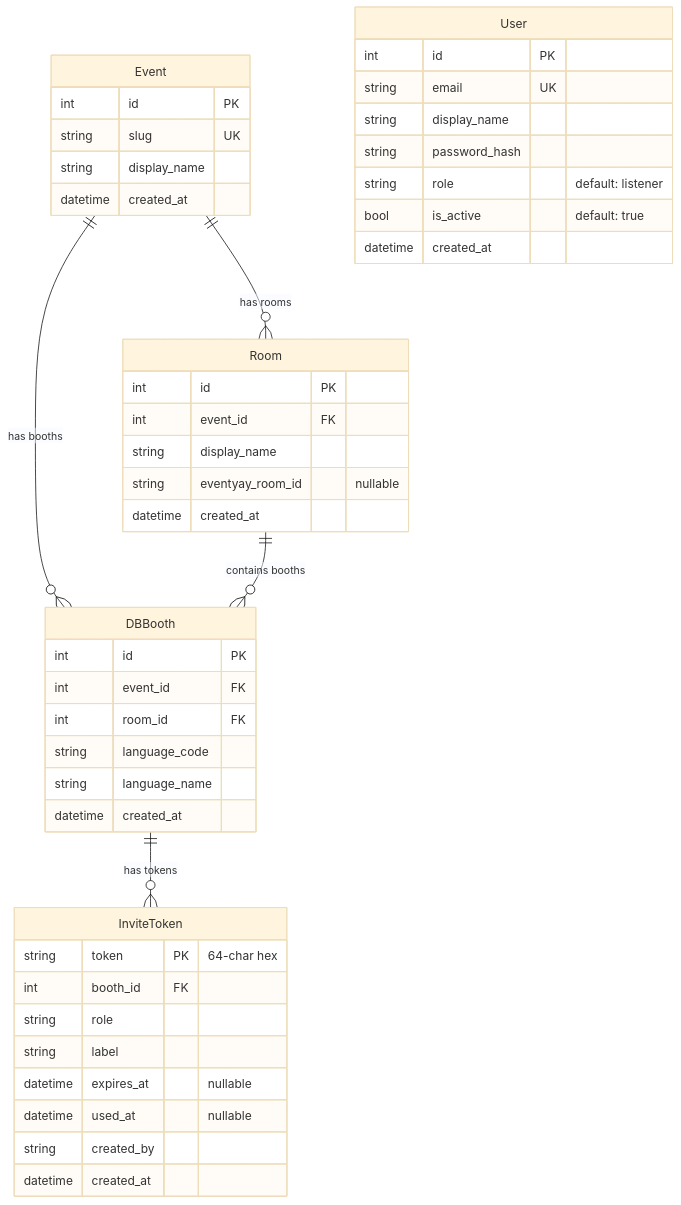
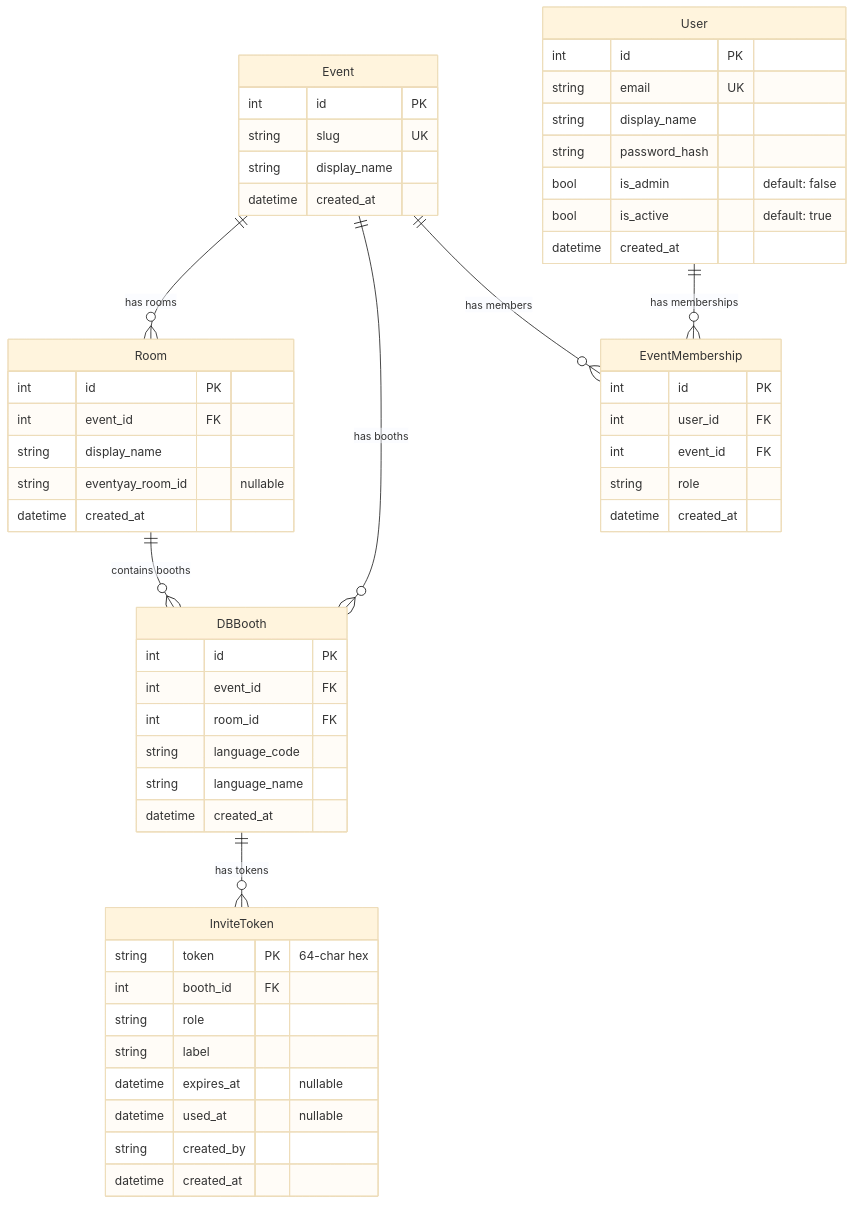
One commit to ArnavBallinCode/voxbento changed the fifth of 7 diagrams in ARCHITECTURE.md. Above: the diagram before and after it, drawn with Mermaid (base theme). The commit also changed other lines of this file and 17 other files, not shown here.

First line of the commit message:
Add event-scoped roles, token management UI, and membership admin

````diff
--- a/ARCHITECTURE.md
+++ b/ARCHITECTURE.md
@@ -211,48 +213,57 @@
 ```mermaid
 erDiagram
     Event ||--o{ Room : "has rooms"
     Event ||--o{ DBBooth : "has booths"
+    Event ||--o{ EventMembership : "has members"
     Room  ||--o{ DBBooth : "contains booths"
     DBBooth ||--o{ InviteToken : "has tokens"
+    User  ||--o{ EventMembership : "has memberships"
 
     Event {
         int id PK
         string slug UK
         string display_name
         datetime created_at
     }
     Room {
         int id PK
         int event_id FK
         string display_name
         string eventyay_room_id "nullable"
         datetime created_at
     }
     DBBooth {
         int id PK
         int event_id FK
         int room_id FK
         string language_code
         string language_name
         datetime created_at
     }
     InviteToken {
         string token PK "64-char hex"
         int booth_id FK
         string role
         string label
         datetime expires_at "nullable"
         datetime used_at "nullable"
         string created_by
         datetime created_at
     }
     User {
         int id PK
         string email UK
         string display_name
         string password_hash
-        string role "default: listener"
+        bool is_admin "default: false"
         bool is_active "default: true"
         datetime created_at
     }
+    EventMembership {
+        int id PK
+        int user_id FK
+        int event_id FK
+        string role
+        datetime created_at
+    }
 ```
````
